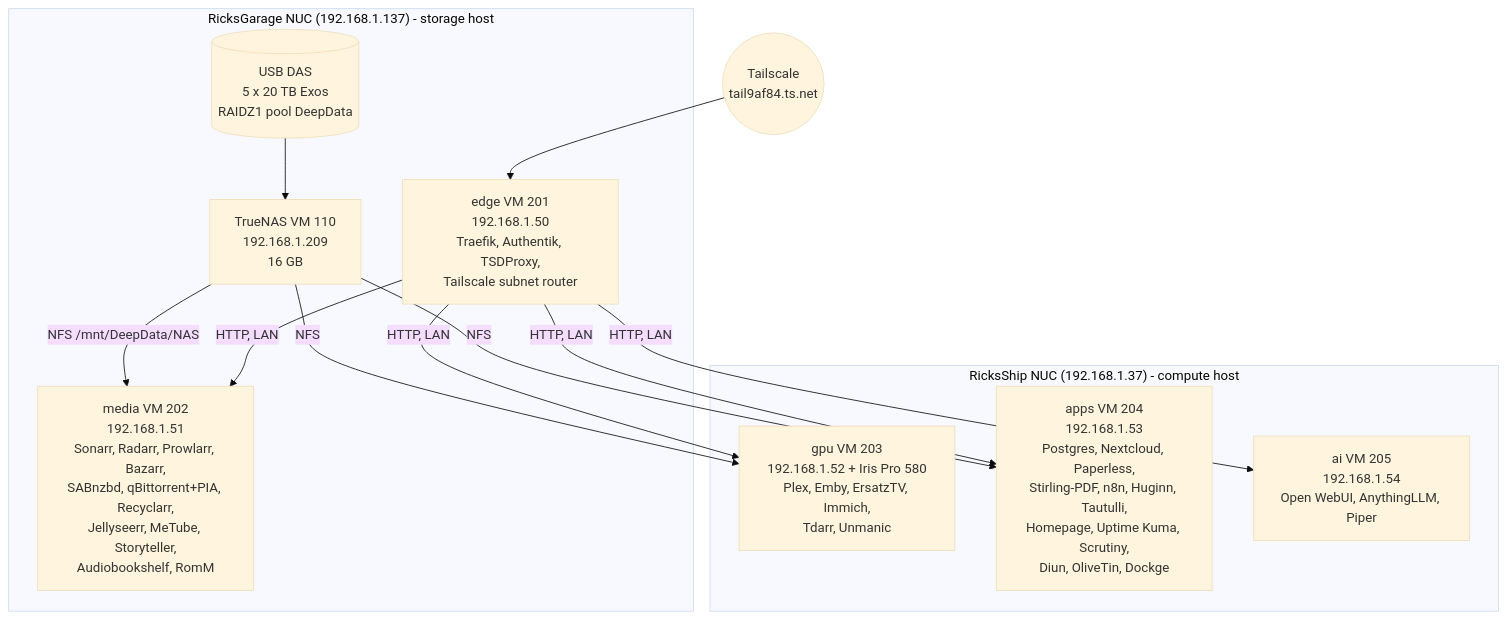
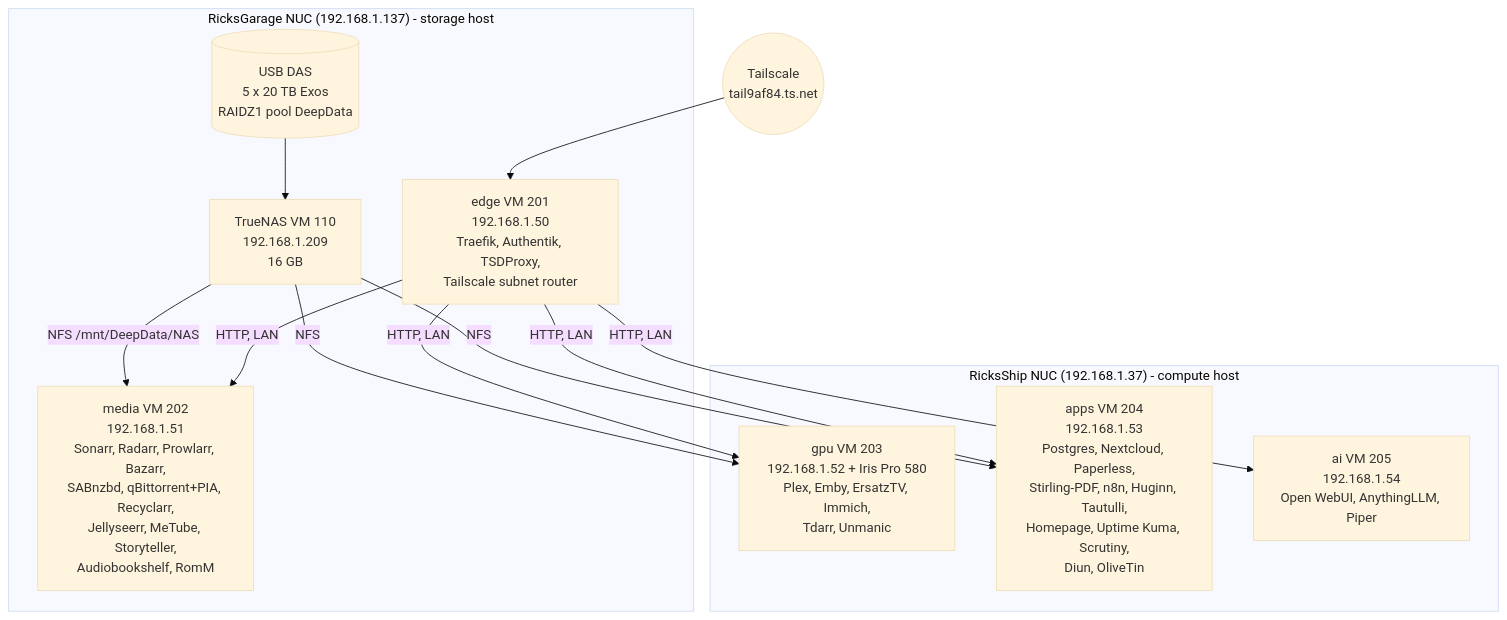
Before and after one commit to mikegutberlet/homelab-infra: the diagram in docs/wiki/01-overview.md, drawn with Mermaid (base theme). The commit also changed other lines of this file and 14 other files, not shown here.

First line of the commit message:
apps: remove Dockge

````diff
--- a/docs/wiki/01-overview.md
+++ b/docs/wiki/01-overview.md
@@ -18,23 +18,23 @@
 ```mermaid
 flowchart TB
     subgraph RG["RicksGarage NUC (192.168.1.137) - storage host"]
         TN["TrueNAS VM 110<br/>192.168.1.209<br/>16 GB"]
         EDGE["edge VM 201<br/>192.168.1.50<br/>Traefik, Authentik, TSDProxy,<br/>Tailscale subnet router"]
         MEDIA["media VM 202<br/>192.168.1.51<br/>Sonarr, Radarr, Prowlarr, Bazarr,<br/>SABnzbd, qBittorrent+PIA, Recyclarr,<br/>Jellyseerr, MeTube, Storyteller,<br/>Audiobookshelf, RomM"]
         DAS[("USB DAS<br/>5 x 20 TB Exos<br/>RAIDZ1 pool DeepData")]
         DAS --> TN
     end
     subgraph RS["RicksShip NUC (192.168.1.37) - compute host"]
         GPU["gpu VM 203<br/>192.168.1.52 + Iris Pro 580<br/>Plex, Emby, ErsatzTV, Immich,<br/>Tdarr, Unmanic"]
-        APPS["apps VM 204<br/>192.168.1.53<br/>Postgres, Nextcloud, Paperless,<br/>Stirling-PDF, n8n, Huginn, Tautulli,<br/>Homepage, Uptime Kuma, Scrutiny,<br/>Diun, OliveTin, Dockge"]
+        APPS["apps VM 204<br/>192.168.1.53<br/>Postgres, Nextcloud, Paperless,<br/>Stirling-PDF, n8n, Huginn, Tautulli,<br/>Homepage, Uptime Kuma, Scrutiny,<br/>Diun, OliveTin"]
         AI["ai VM 205<br/>192.168.1.54<br/>Open WebUI, AnythingLLM, Piper"]
     end
     TN -- "NFS /mnt/DeepData/NAS" --> MEDIA
     TN -- NFS --> GPU
     TN -- NFS --> APPS
     TS(("Tailscale<br/>tail9af84.ts.net")) --> EDGE
     EDGE -- "HTTP, LAN" --> MEDIA
     EDGE -- "HTTP, LAN" --> GPU
     EDGE -- "HTTP, LAN" --> APPS
     EDGE -- "HTTP, LAN" --> AI
 ```
````
